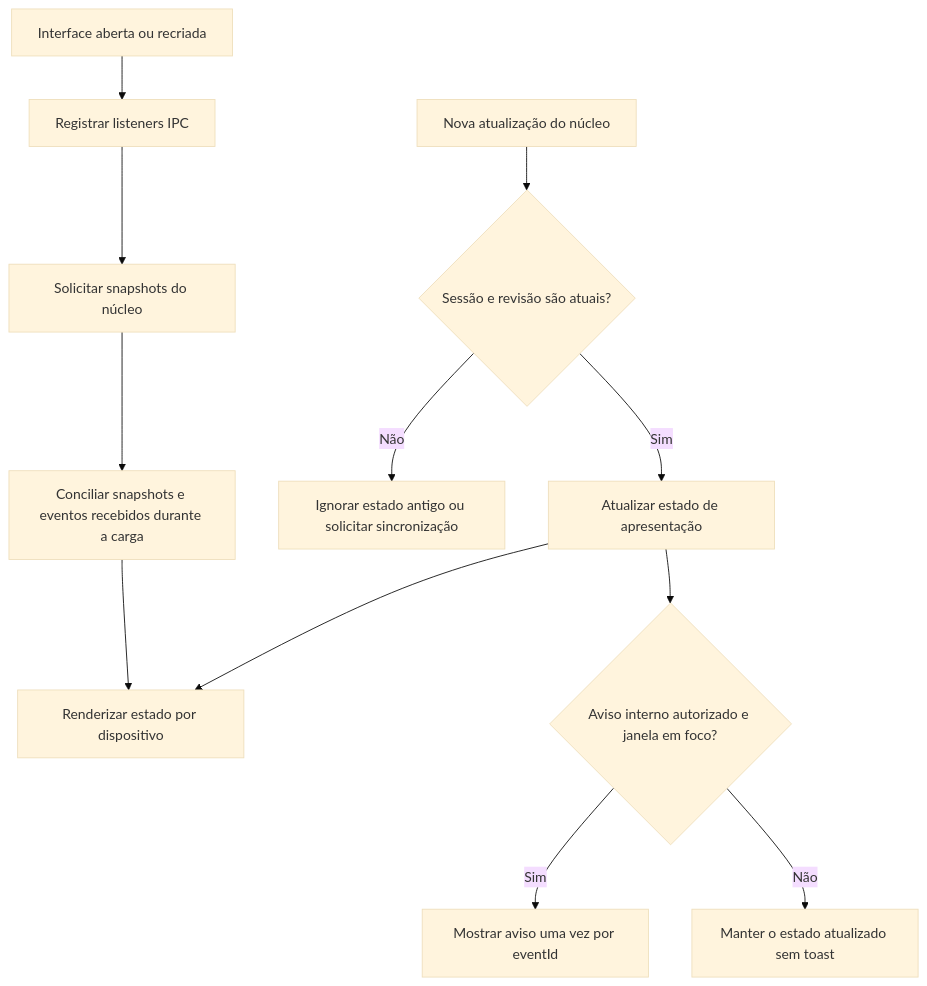
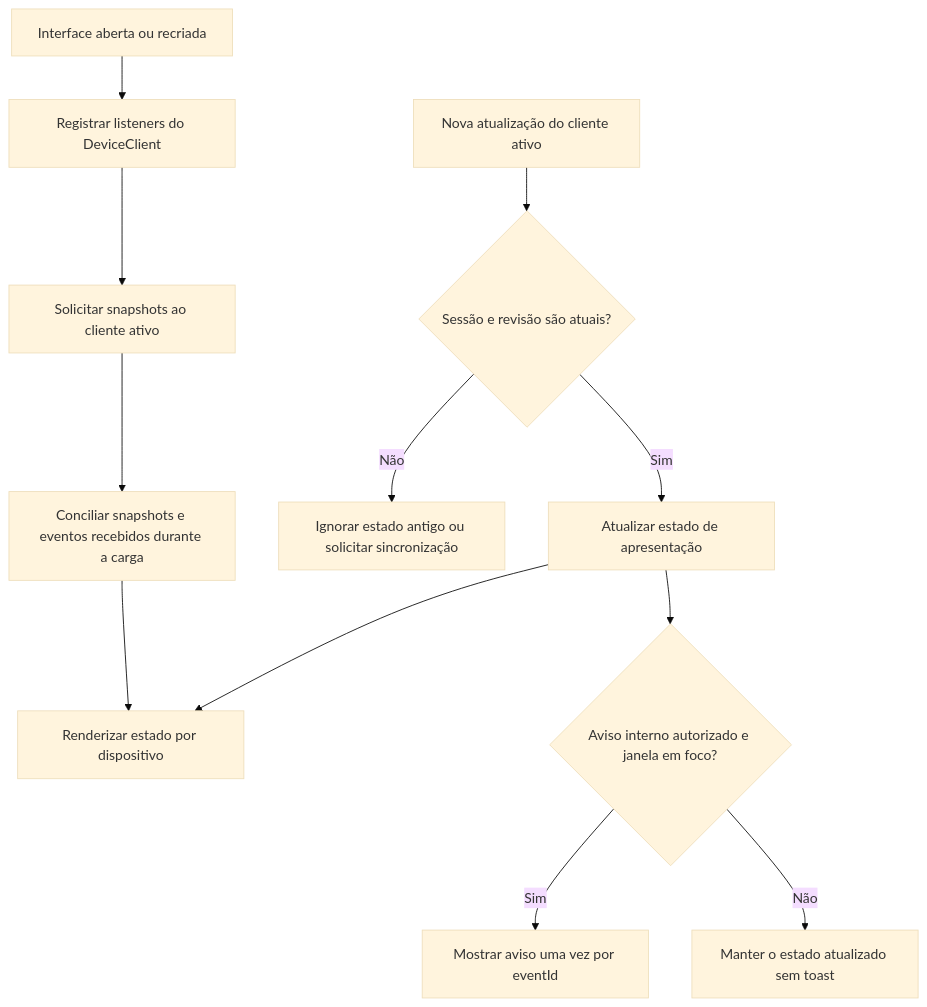
The second of 4 diagrams in docs/arquitetura-front.md (gdsantana/kmh-project), drawn with Mermaid (base theme) before and after one commit. The commit also changed other lines of this file and 3 other files, not shown here.

````diff
--- a/docs/arquitetura-front.md
+++ b/docs/arquitetura-front.md
@@ -59,14 +82,14 @@
 ```mermaid
 flowchart TD
-    Open["Interface aberta ou recriada"] --> Listen["Registrar listeners IPC"]
-    Listen --> Snapshot["Solicitar snapshots do núcleo"]
+    Open["Interface aberta ou recriada"] --> Listen["Registrar listeners do DeviceClient"]
+    Listen --> Snapshot["Solicitar snapshots ao cliente ativo"]
     Snapshot --> Merge["Conciliar snapshots e eventos recebidos durante a carga"]
     Merge --> Show["Renderizar estado por dispositivo"]
-    Event["Nova atualização do núcleo"] --> Check{"Sessão e revisão são atuais?"}
+    Event["Nova atualização do cliente ativo"] --> Check{"Sessão e revisão são atuais?"}
     Check -->|"Não"| Ignore["Ignorar estado antigo ou solicitar sincronização"]
     Check -->|"Sim"| Update["Atualizar estado de apresentação"]
     Update --> Show
     Update --> Notice{"Aviso interno autorizado e janela em foco?"}
     Notice -->|"Sim"| Toast["Mostrar aviso uma vez por eventId"]
     Notice -->|"Não"| Keep["Manter o estado atualizado sem toast"]
 ```
````
